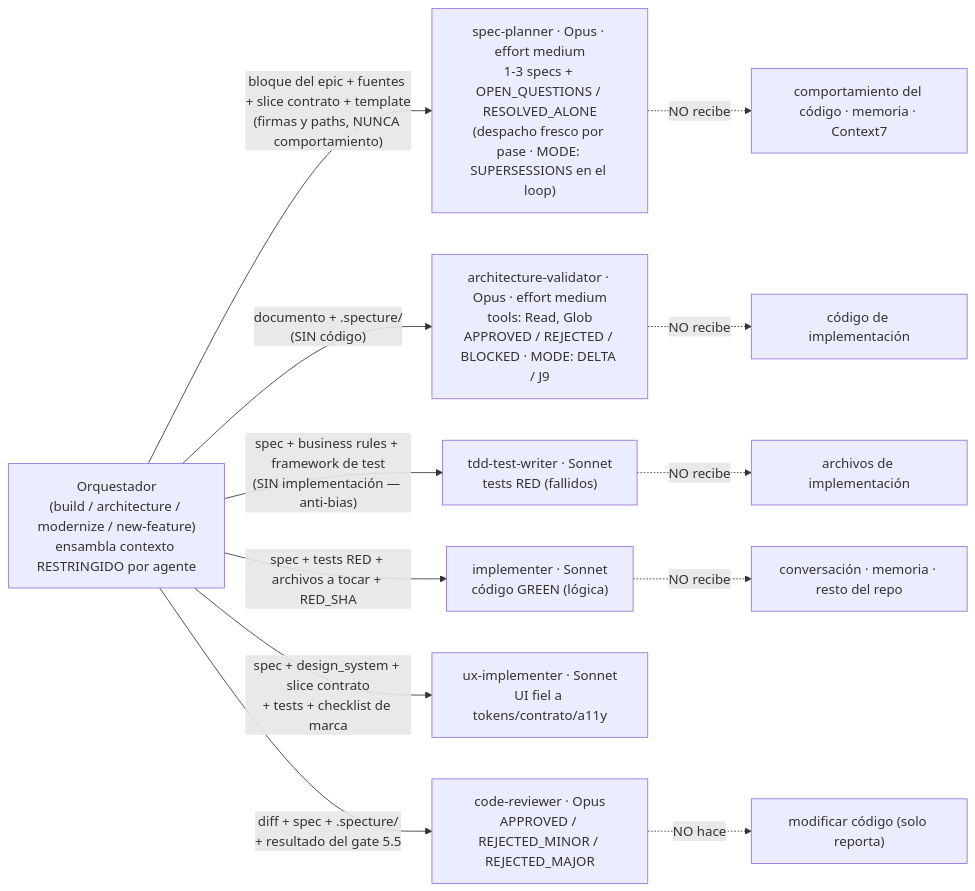
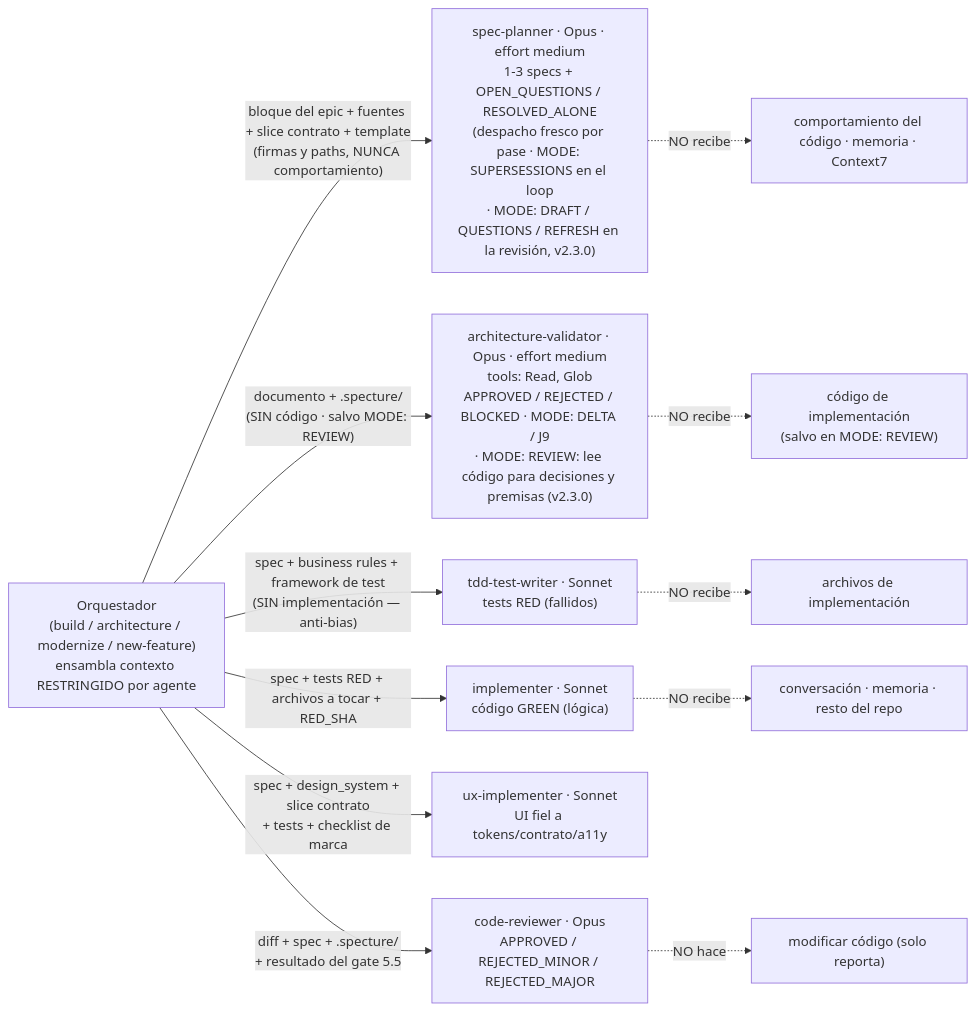
The third of 22 diagrams in docs/execution-flows.md (FerEscobarDev/Specture), drawn with Mermaid before and after one commit. The commit also changed other lines of this file and 10 other files, not shown here.

First line of the commit message:
docs(review): documentación de usuario de la etapa de revisión y mini-revisión de epics regulatorios

````diff
--- a/docs/execution-flows.md
+++ b/docs/execution-flows.md
@@ -109,17 +109,17 @@
 ```mermaid
 flowchart LR
     O["Orquestador<br/>(build / architecture / modernize / new-feature)<br/>ensambla contexto RESTRINGIDO por agente"]
 
-    O -->|"bloque del epic + fuentes + slice contrato + template<br/>(firmas y paths, NUNCA comportamiento)"| SP["spec-planner · Opus · effort medium<br/>1-3 specs + OPEN_QUESTIONS / RESOLVED_ALONE<br/>(despacho fresco por pase · MODE: SUPERSESSIONS en el loop)"]
-    O -->|"documento + .specture/<br/>(SIN código)"| AV["architecture-validator · Opus · effort medium<br/>tools: Read, Glob<br/>APPROVED / REJECTED / BLOCKED · MODE: DELTA / J9"]
+    O -->|"bloque del epic + fuentes + slice contrato + template<br/>(firmas y paths, NUNCA comportamiento)"| SP["spec-planner · Opus · effort medium<br/>1-3 specs + OPEN_QUESTIONS / RESOLVED_ALONE<br/>(despacho fresco por pase · MODE: SUPERSESSIONS en el loop<br/>· MODE: DRAFT / QUESTIONS / REFRESH en la revisión, v2.3.0)"]
+    O -->|"documento + .specture/<br/>(SIN código · salvo MODE: REVIEW)"| AV["architecture-validator · Opus · effort medium<br/>tools: Read, Glob<br/>APPROVED / REJECTED / BLOCKED · MODE: DELTA / J9<br/>· MODE: REVIEW: lee código para decisiones y premisas (v2.3.0)"]
     O -->|"spec + business rules + framework de test<br/>(SIN implementación — anti-bias)"| TW["tdd-test-writer · Sonnet<br/>tests RED (fallidos)"]
     O -->|"spec + tests RED + archivos a tocar + RED_SHA"| IM["implementer · Sonnet<br/>código GREEN (lógica)"]
     O -->|"spec + design_system + slice contrato<br/>+ tests + checklist de marca"| UX["ux-implementer · Sonnet<br/>UI fiel a tokens/contrato/a11y"]
     O -->|"diff + spec + .specture/<br/>+ resultado del gate 5.5"| CR["code-reviewer · Opus<br/>APPROVED / REJECTED_MINOR / REJECTED_MAJOR"]
 
     SP -.->|"NO recibe"| X5["comportamiento del código · memoria · Context7"]
-    AV -.->|"NO recibe"| X1["código de implementación"]
+    AV -.->|"NO recibe"| X1["código de implementación<br/>(salvo en MODE: REVIEW)"]
     TW -.->|"NO recibe"| X2["archivos de implementación"]
     IM -.->|"NO recibe"| X3["conversación · memoria · resto del repo"]
     CR -.->|"NO hace"| X4["modificar código (solo reporta)"]
 ```
````
